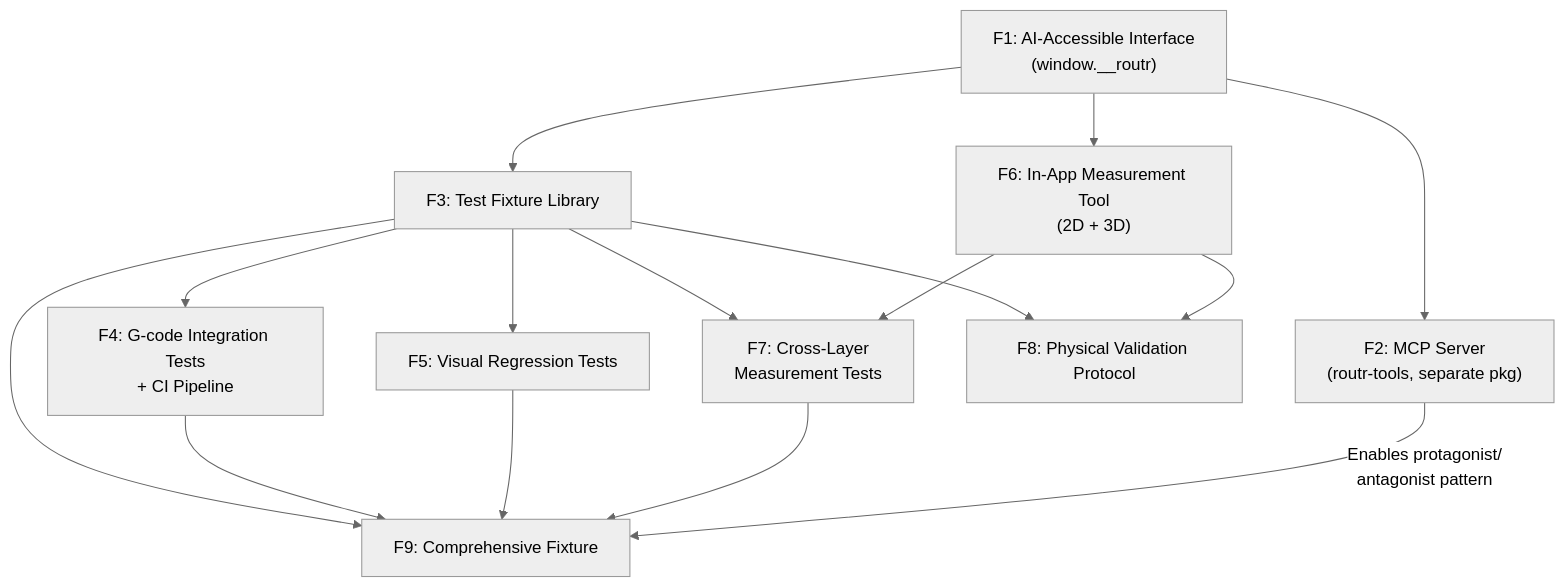
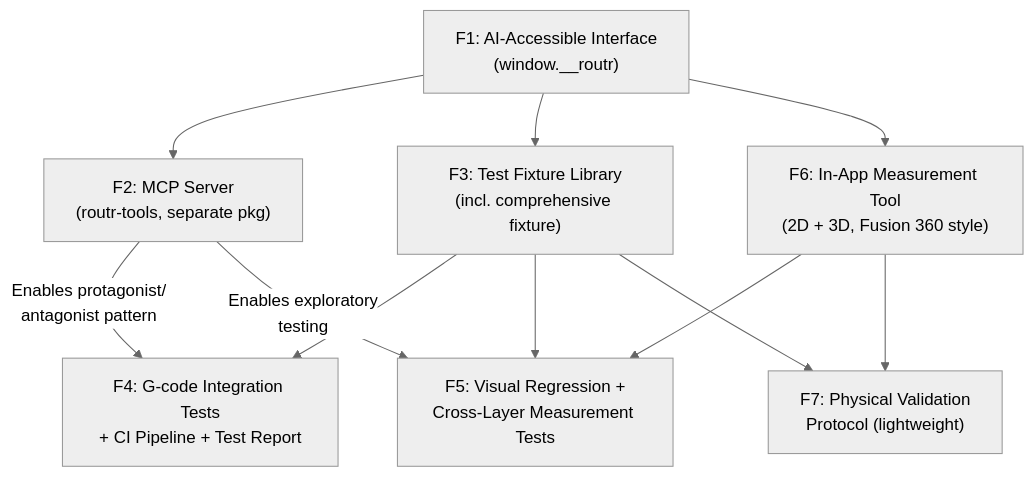
The eighth of 8 diagrams in docs/projects/routr/epics/validation.md (danhannah94/csdlc-docs), drawn with Mermaid (neutral theme) before and after one commit. The commit also changed other lines of this file, not shown here.

Commit message:
docs: validation epic - refinement pass 6 (tightened to 7 features, test report, 2 camera angles, consolidated cross-layer into F5)

````diff
--- a/docs/projects/routr/epics/validation.md
+++ b/docs/projects/routr/epics/validation.md
@@ -831,17 +857,13 @@
 ```mermaid
 graph TD
     F1["F1: AI-Accessible Interface<br/>(window.__routr)"] --> F2["F2: MCP Server<br/>(routr-tools, separate pkg)"]
-    F1 --> F3["F3: Test Fixture Library"]
-    F1 --> F6["F6: In-App Measurement Tool<br/>(2D + 3D)"]
-    F3 --> F4["F4: G-code Integration Tests<br/>+ CI Pipeline"]
-    F3 --> F5["F5: Visual Regression Tests"]
-    F3 --> F7["F7: Cross-Layer<br/>Measurement Tests"]
+    F1 --> F3["F3: Test Fixture Library<br/>(incl. comprehensive fixture)"]
+    F1 --> F6["F6: In-App Measurement Tool<br/>(2D + 3D, Fusion 360 style)"]
+    F3 --> F4["F4: G-code Integration Tests<br/>+ CI Pipeline + Test Report"]
+    F3 --> F5["F5: Visual Regression +<br/>Cross-Layer Measurement Tests"]
+    F6 --> F5
+    F3 --> F7["F7: Physical Validation<br/>Protocol (lightweight)"]
     F6 --> F7
-    F3 --> F8["F8: Physical Validation Protocol"]
-    F6 --> F8
-    F3 --> F9["F9: Comprehensive Fixture"]
-    F4 --> F9
-    F5 --> F9
-    F7 --> F9
-    F2 --> |"Enables protagonist/<br/>antagonist pattern"| F9
+    F2 --> |"Enables protagonist/<br/>antagonist pattern"| F4
+    F2 --> |"Enables exploratory<br/>testing"| F5
 ```
````
